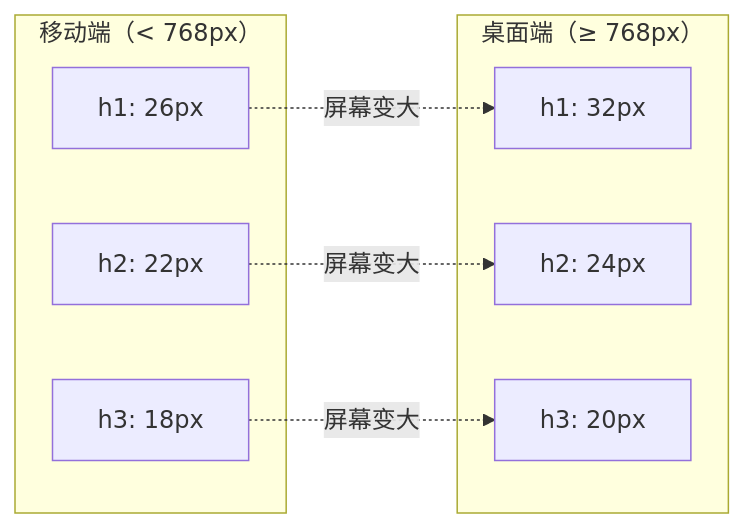
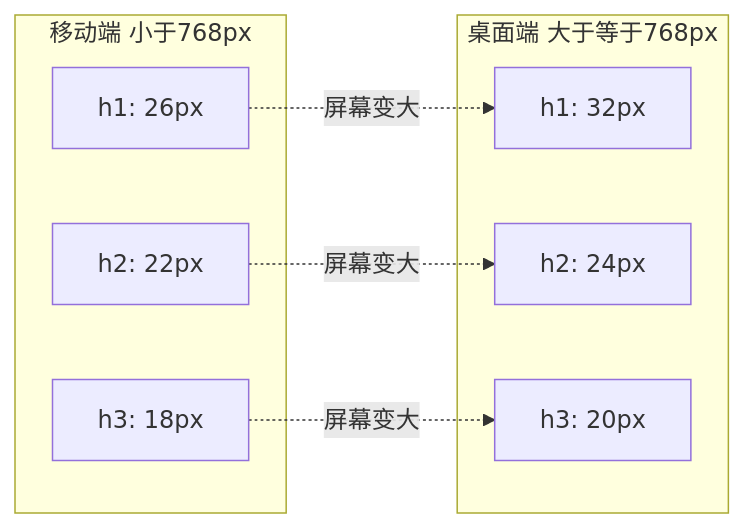
Before and after one commit to Cleam/primer-css: the fourth of 4 diagrams in learn/06-typography.md, drawn with Mermaid. The commit also changed other lines of this file and 10 other files, not shown here.

First line of the commit message:
Fix mermaid diagram syntax for GitHub rendering compatibility

````diff
--- a/learn/06-typography.md
+++ b/learn/06-typography.md
@@ -239,18 +239,18 @@
 ```mermaid
 graph LR
-    subgraph "移动端（< 768px）"
+    subgraph "移动端 小于768px"
         M1["h1: 26px"]
         M2["h2: 22px"]
         M3["h3: 18px"]
     end
 
-    subgraph "桌面端（≥ 768px）"
+    subgraph "桌面端 大于等于768px"
         D1["h1: 32px"]
         D2["h2: 24px"]
         D3["h3: 20px"]
     end
 
     M1 -.->|"屏幕变大"| D1
     M2 -.->|"屏幕变大"| D2
     M3 -.->|"屏幕变大"| D3
 ```
````
